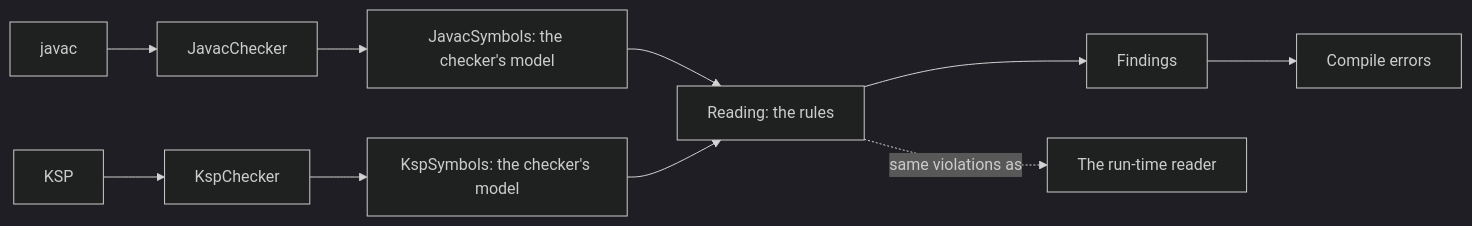
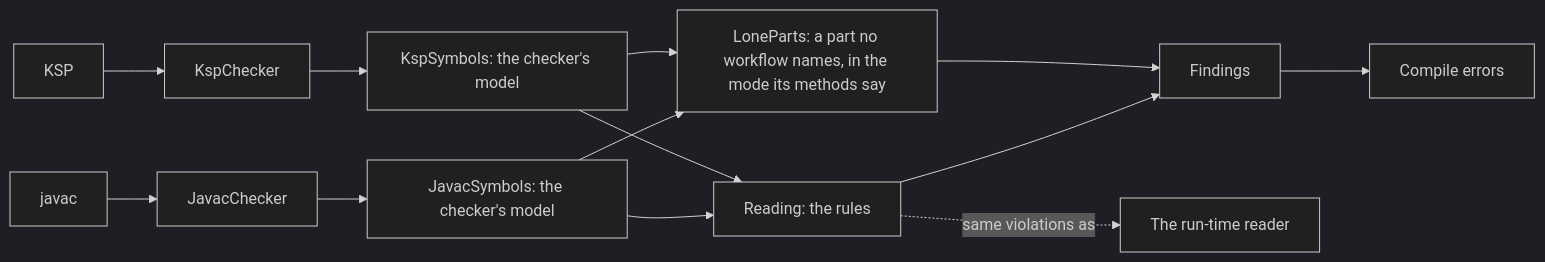
The fifth of 5 diagrams in docs/architecture.md (itinera-dev/itinera-j), drawn with Mermaid (dark theme) before and after one commit. The commit also changed other lines of this file and 7 other files, not shown here.

First line of the commit message:
fix(checker): read no part alone that a workflow not read yet may name

````diff
--- a/docs/architecture.md
+++ b/docs/architecture.md
@@ -149,14 +149,17 @@
 ```mermaid
 flowchart LR
     accTitle: How itinera-checker reports mistakes at compile time
-    accDescr: javac hands JavacChecker each class it enters, and KSP hands KspChecker the files the Kotlin compiler reads. JavacChecker reads each workflow class through JavacSymbols, and KspChecker through KspSymbols, both filling the checker's own model of classes, methods, parameters, types and annotations. Reading applies the rules to that model, once for each mode the class implements, and records each mistake among its Findings, which become compile errors, on the declarations they concern. Parity tests describe every mistaken workflow of their fixtures with the run-time reader too, and expect the same violations, in the same words.
+    accDescr: javac hands JavacChecker each class it enters, and KSP hands KspChecker the files the Kotlin compiler reads. JavacChecker reads each workflow class through JavacSymbols, and KspChecker through KspSymbols, both filling the checker's own model of classes, methods, parameters, types and annotations. Reading applies the rules to that model, once for each mode the class implements, and LoneParts applies them to each step, rescue step or policy class that no workflow names, in the mode its own methods say. Both record each mistake among the Findings, which become compile errors, on the declarations they concern. Parity tests describe every mistaken workflow of their fixtures with the run-time reader too, and expect the same violations, in the same words.
     javac["javac"] --> checker["JavacChecker"]
     ksp["KSP"] --> kspChecker["KspChecker"]
     checker --> symbols["JavacSymbols: the checker's model"]
     kspChecker --> kspSymbols["KspSymbols: the checker's model"]
     symbols --> reading["Reading: the rules"]
     kspSymbols --> reading
+    symbols --> lone["LoneParts: a part no workflow names, in the mode its methods say"]
+    kspSymbols --> lone
     reading --> findings["Findings"]
+    lone --> findings
     findings --> errors["Compile errors"]
     reading -.->|"same violations as"| runtime["The run-time reader"]
 ```
````
